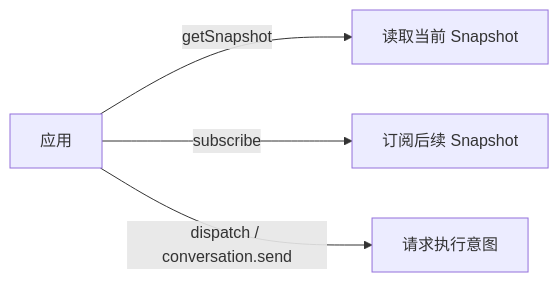
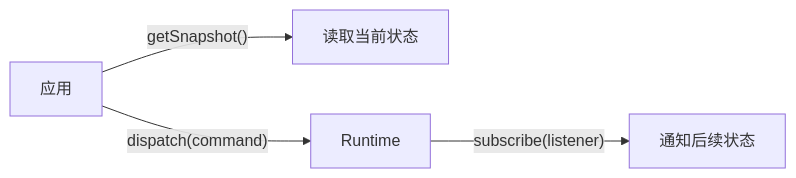
The first of 2 diagrams in docs-next/src/concepts/commands-and-runtime.md (gene9831/tiny-robot), drawn with Mermaid before and after one commit. The commit also changed other lines of this file and 7 other files, not shown here.

````diff
--- a/docs-next/src/concepts/commands-and-runtime.md
+++ b/docs-next/src/concepts/commands-and-runtime.md
@@ -11,6 +15,6 @@
 ```mermaid
 flowchart LR
-  App["应用"] -->|getSnapshot| Read["读取当前 Snapshot"]
-  App -->|subscribe| Observe["订阅后续 Snapshot"]
-  App -->|dispatch / conversation.send| Intent["请求执行意图"]
+  App["应用"] -->|"getSnapshot()"| Read["读取当前状态"]
+  Runtime["Runtime"] -->|"subscribe(listener)"| Observe["通知后续状态"]
+  App -->|"dispatch(command)"| Runtime
 ```
````
